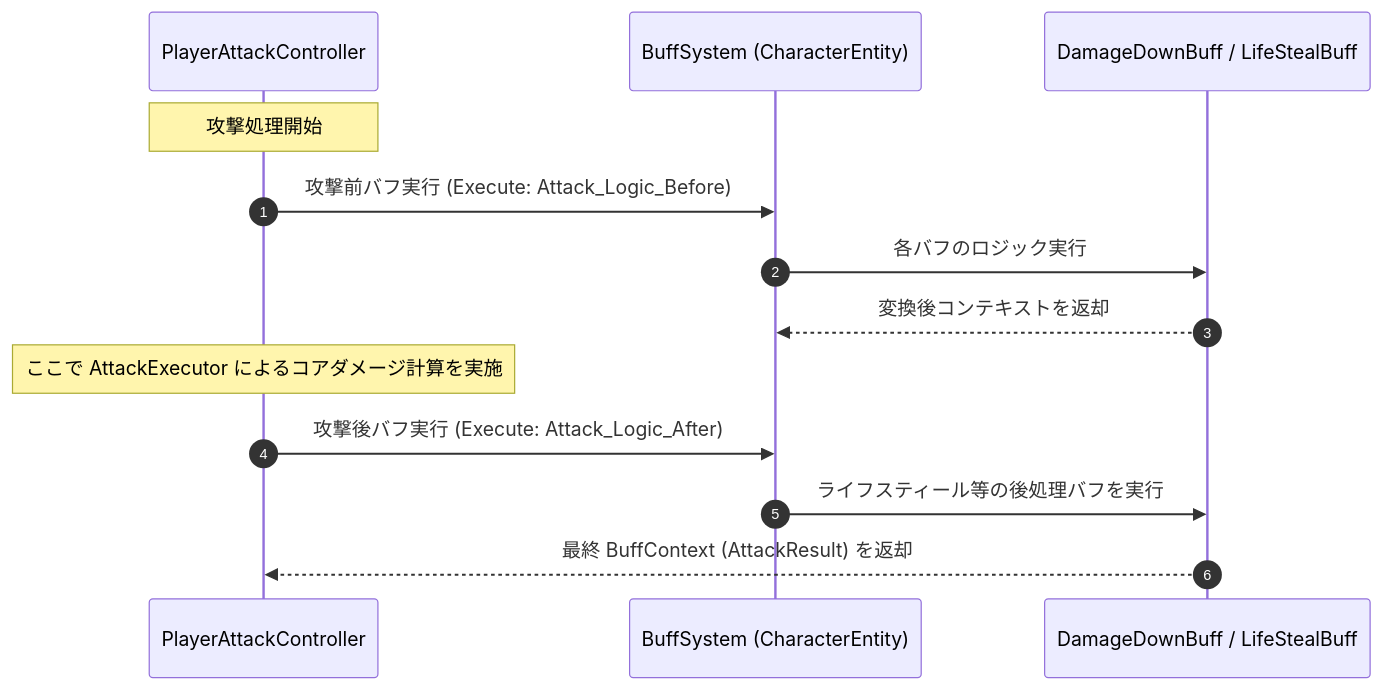
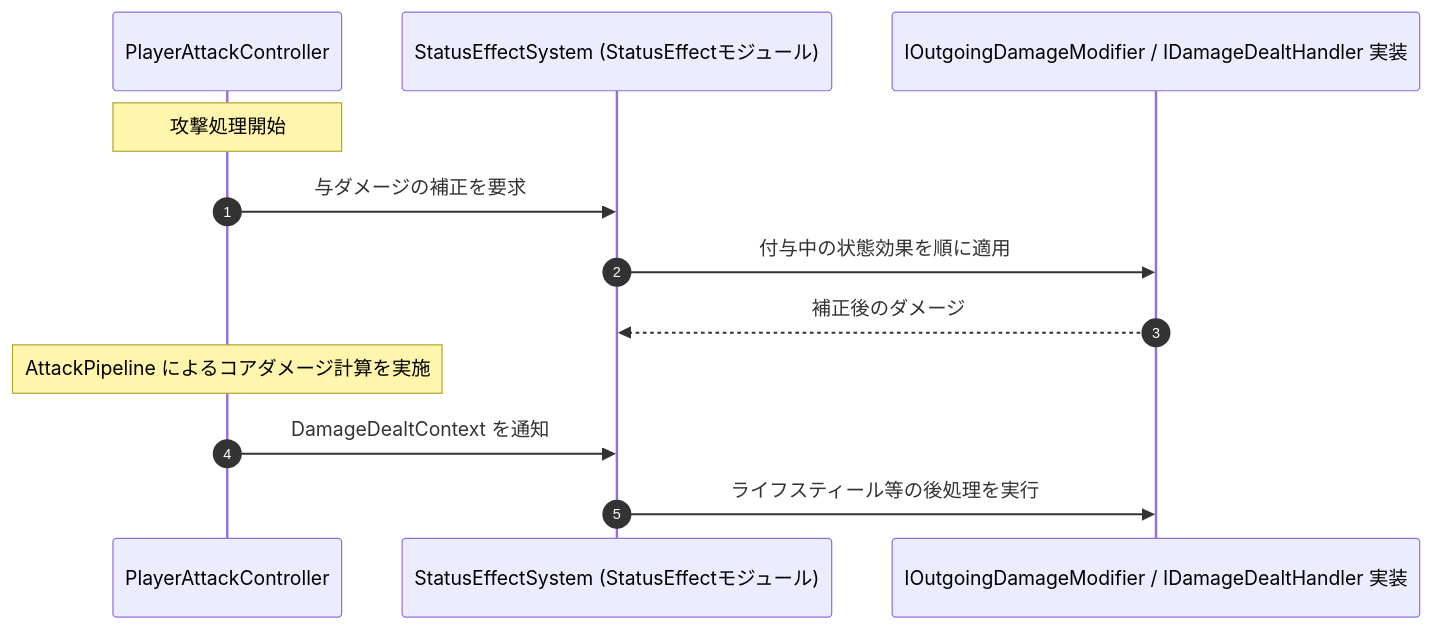
Before and after one commit to HIBIKI5201/SymphonyKillChord: the fourth of 4 diagrams in Assets/Docs/ScriptsDocs/Modules/NotionModuleDocs/Character&Battle.md, drawn with Mermaid. The commit also changed other lines of this file, not shown here.

First line of the commit message:
[update] Character&Battle 文書を現行実装に追従

````diff
--- a/Assets/Docs/ScriptsDocs/Modules/NotionModuleDocs/Character&Battle.md
+++ b/Assets/Docs/ScriptsDocs/Modules/NotionModuleDocs/Character&Battle.md
@@ -195,16 +200,15 @@
 ```mermaid
 sequenceDiagram
     autonumber
     participant PAC as PlayerAttackController
-    participant BuffSys as BuffSystem (CharacterEntity)
-    participant DABuff as DamageDownBuff / LifeStealBuff
+    participant Sys as StatusEffectSystem (StatusEffectモジュール)
+    participant Effect as IOutgoingDamageModifier / IDamageDealtHandler 実装
 
     Note over PAC: 攻撃処理開始
-    PAC ->> BuffSys: 攻撃前バフ実行 (Execute: Attack_Logic_Before)
-    BuffSys ->> DABuff: 各バフのロジック実行
-    DABuff -->> BuffSys: 変換後コンテキストを返却
-    Note over PAC: ここで AttackExecutor によるコアダメージ計算を実施
-    PAC ->> BuffSys: 攻撃後バフ実行 (Execute: Attack_Logic_After)
-    BuffSys ->> DABuff: ライフスティール等の後処理バフを実行
-    DABuff -->> PAC: 最終 BuffContext (AttackResult) を返却
+    PAC ->> Sys: 与ダメージの補正を要求
+    Sys ->> Effect: 付与中の状態効果を順に適用
+    Effect -->> Sys: 補正後のダメージ
+    Note over PAC: AttackPipeline によるコアダメージ計算を実施
+    PAC ->> Sys: DamageDealtContext を通知
+    Sys ->> Effect: ライフスティール等の後処理を実行
 ```
````
